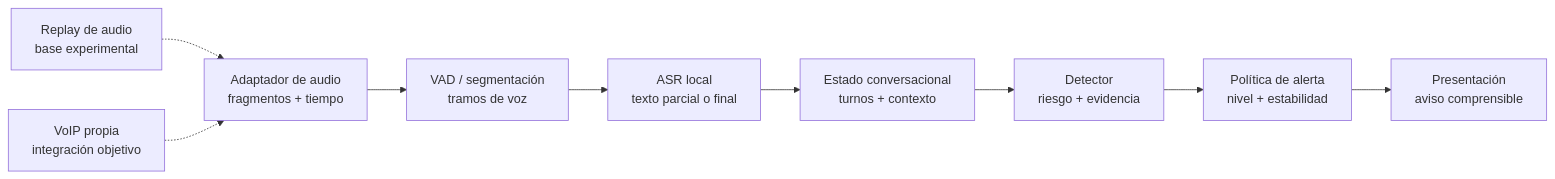
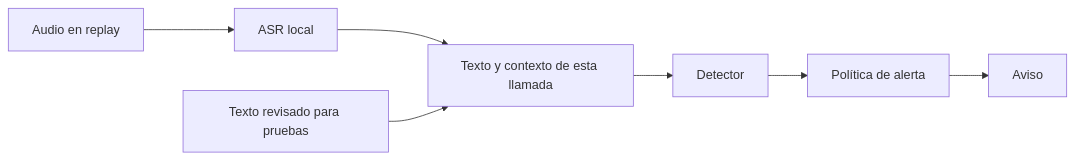
Before and after one commit to Corchets/bitacora_tesis: the diagram in docs/ingenieria/ARQUITECTURA.md, drawn with Mermaid. The commit also changed other lines of this file and 51 other files, not shown here.

````diff
--- a/docs/ingenieria/ARQUITECTURA.md
+++ b/docs/ingenieria/ARQUITECTURA.md
@@ -20,11 +26,9 @@
 ```mermaid
 flowchart LR
-    R["Replay de audio<br/>base experimental"] -.-> A
-    V["VoIP propia<br/>integración objetivo"] -.-> A
-    A["Adaptador de audio<br/>fragmentos + tiempo"] --> B["VAD / segmentación<br/>tramos de voz"]
-    B --> C["ASR local<br/>texto parcial o final"]
-    C --> D["Estado conversacional<br/>turnos + contexto"]
-    D --> E["Detector<br/>riesgo + evidencia"]
-    E --> F["Política de alerta<br/>nivel + estabilidad"]
-    F --> G["Presentación<br/>aviso comprensible"]
+    A[Audio en replay] --> B[ASR local]
+    B --> C[Texto y contexto de esta llamada]
+    T[Texto revisado para pruebas] --> C
+    C --> D[Detector]
+    D --> E[Política de alerta]
+    E --> F[Aviso]
 ```
````
